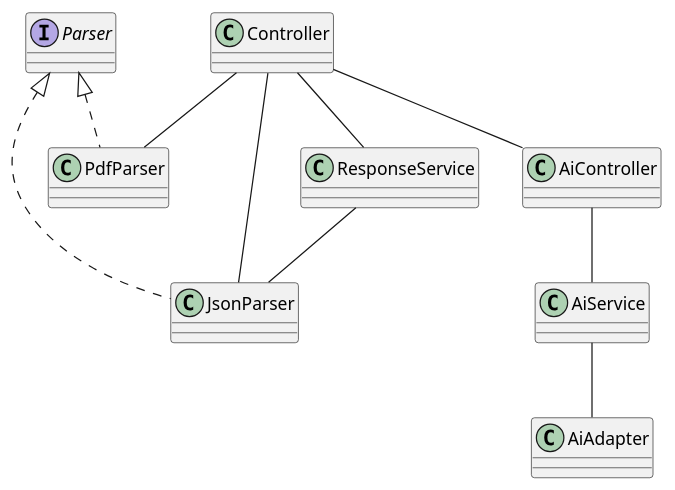
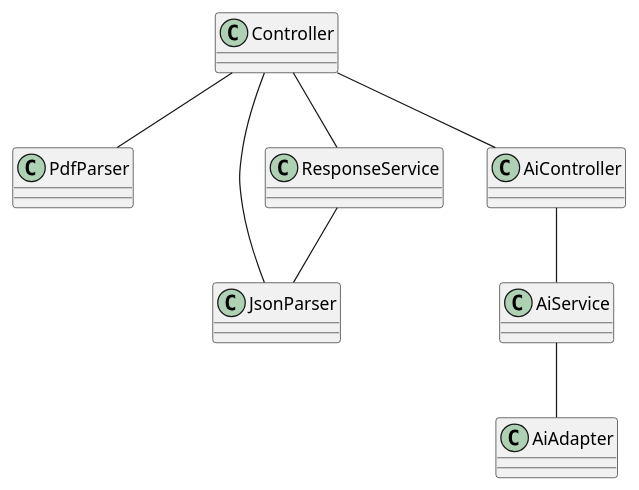
The diagram in diagrams/classesOverview.puml (DHBW-FN/ti21-sweng2), drawn with PlantUML before and after one commit. The commit also changed 1 other file, not shown here.

Commit message:
feat(diagrams): Fix diagrams

```diff
--- a/diagrams/classesOverview.puml
+++ b/diagrams/classesOverview.puml
@@ -1,25 +1,23 @@
-@startuml Klassendiagramm
-interface Parser
+@startuml Beziehungsdiagramm
+class PdfParser
 
-class PdfParser implements Parser
-
-class JsonParser implements Parser
+class JsonParser
 
 class Controller
 
 class AiController
 
 class AiService
 
 class AiAdapter
 
 class ResponseService
 
 Controller -- PdfParser
 Controller -- JsonParser
 Controller -- AiController
 AiController -- AiService
 AiService -- AiAdapter
 Controller -- ResponseService
 ResponseService -- JsonParser
 @enduml
```
